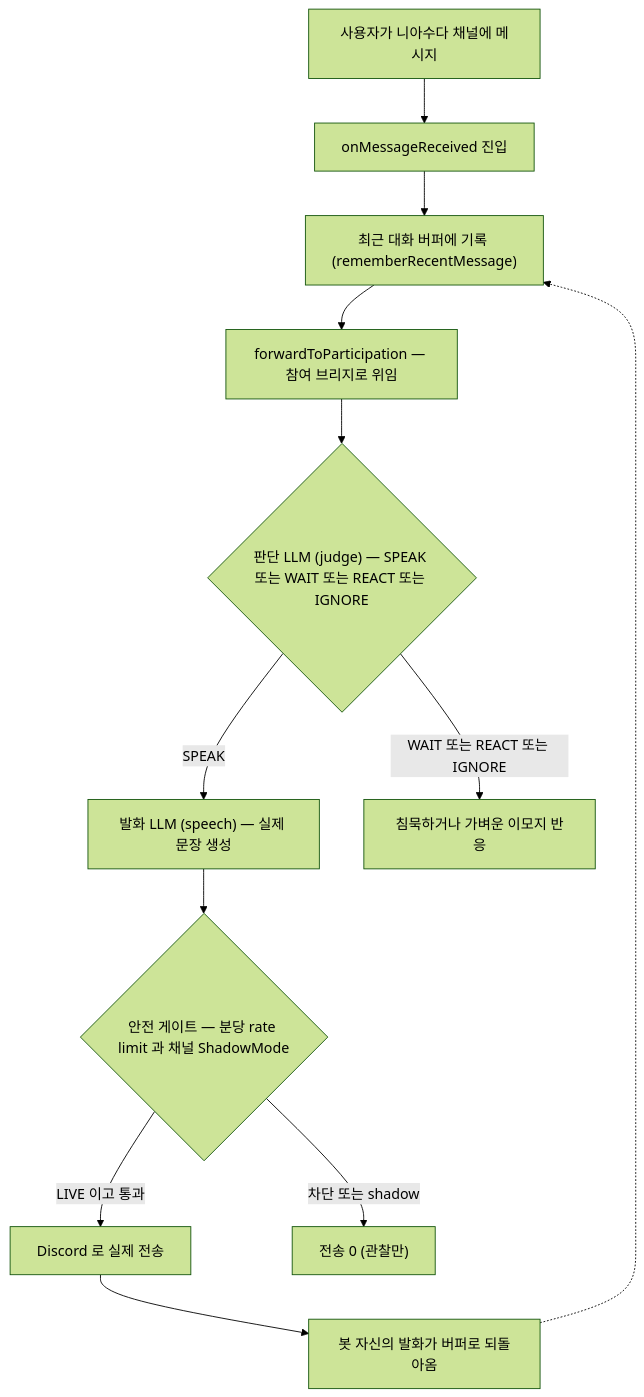
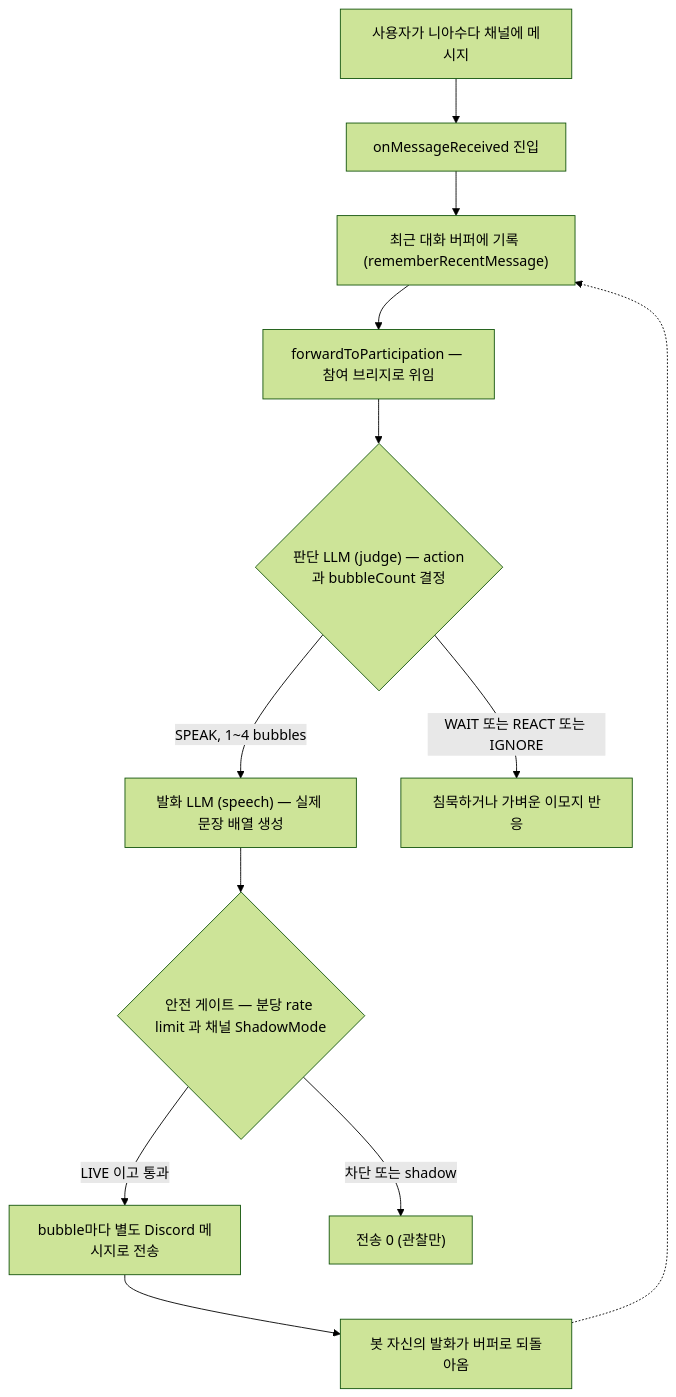
The first of 5 diagrams in docs/nexa/NIA_PIPELINE.md (Hyeonjun0527/discord-ai-network-bot), drawn with Mermaid (forest theme) before and after one commit. The commit also changed other lines of this file and 42 other files, not shown here.

````diff
--- a/docs/nexa/NIA_PIPELINE.md
+++ b/docs/nexa/NIA_PIPELINE.md
@@ -14,14 +14,14 @@
 ```mermaid
 flowchart TD
     U["사용자가 니아수다 채널에 메시지"] --> R["onMessageReceived 진입"]
     R --> MEM["최근 대화 버퍼에 기록 (rememberRecentMessage)"]
     MEM --> FWD["forwardToParticipation — 참여 브리지로 위임"]
-    FWD --> JUDGE{"판단 LLM (judge) — SPEAK 또는 WAIT 또는 REACT 또는 IGNORE"}
-    JUDGE -->|"SPEAK"| SPEECH["발화 LLM (speech) — 실제 문장 생성"]
+    FWD --> JUDGE{"판단 LLM (judge) — action과 bubbleCount 결정"}
+    JUDGE -->|"SPEAK, 1~4 bubbles"| SPEECH["발화 LLM (speech) — 실제 문장 배열 생성"]
     JUDGE -->|"WAIT 또는 REACT 또는 IGNORE"| QUIET["침묵하거나 가벼운 이모지 반응"]
     SPEECH --> GATE{"안전 게이트 — 분당 rate limit 과 채널 ShadowMode"}
-    GATE -->|"LIVE 이고 통과"| SEND["Discord 로 실제 전송"]
+    GATE -->|"LIVE 이고 통과"| SEND["bubble마다 별도 Discord 메시지로 전송"]
     GATE -->|"차단 또는 shadow"| NOSEND["전송 0 (관찰만)"]
     SEND --> ECHO["봇 자신의 발화가 버퍼로 되돌아옴"]
     ECHO -.-> MEM
 ```
````
